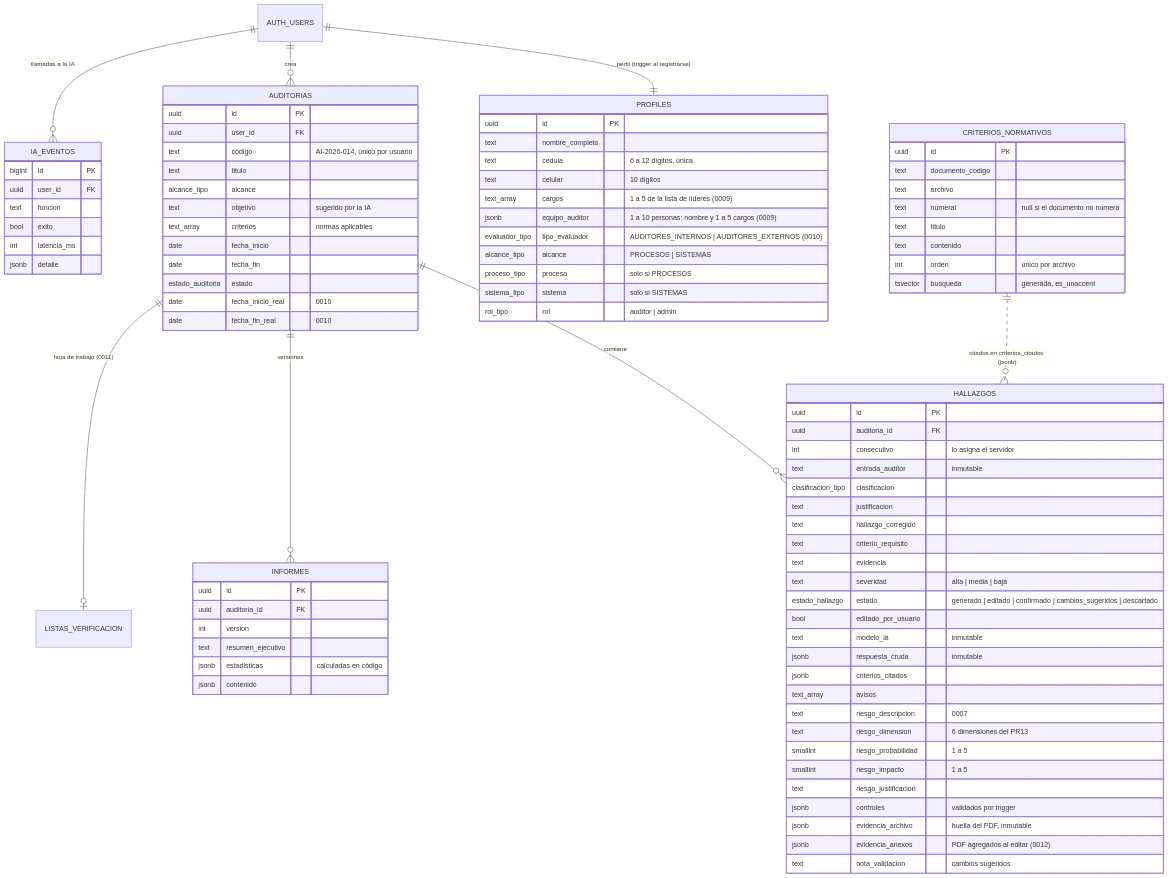
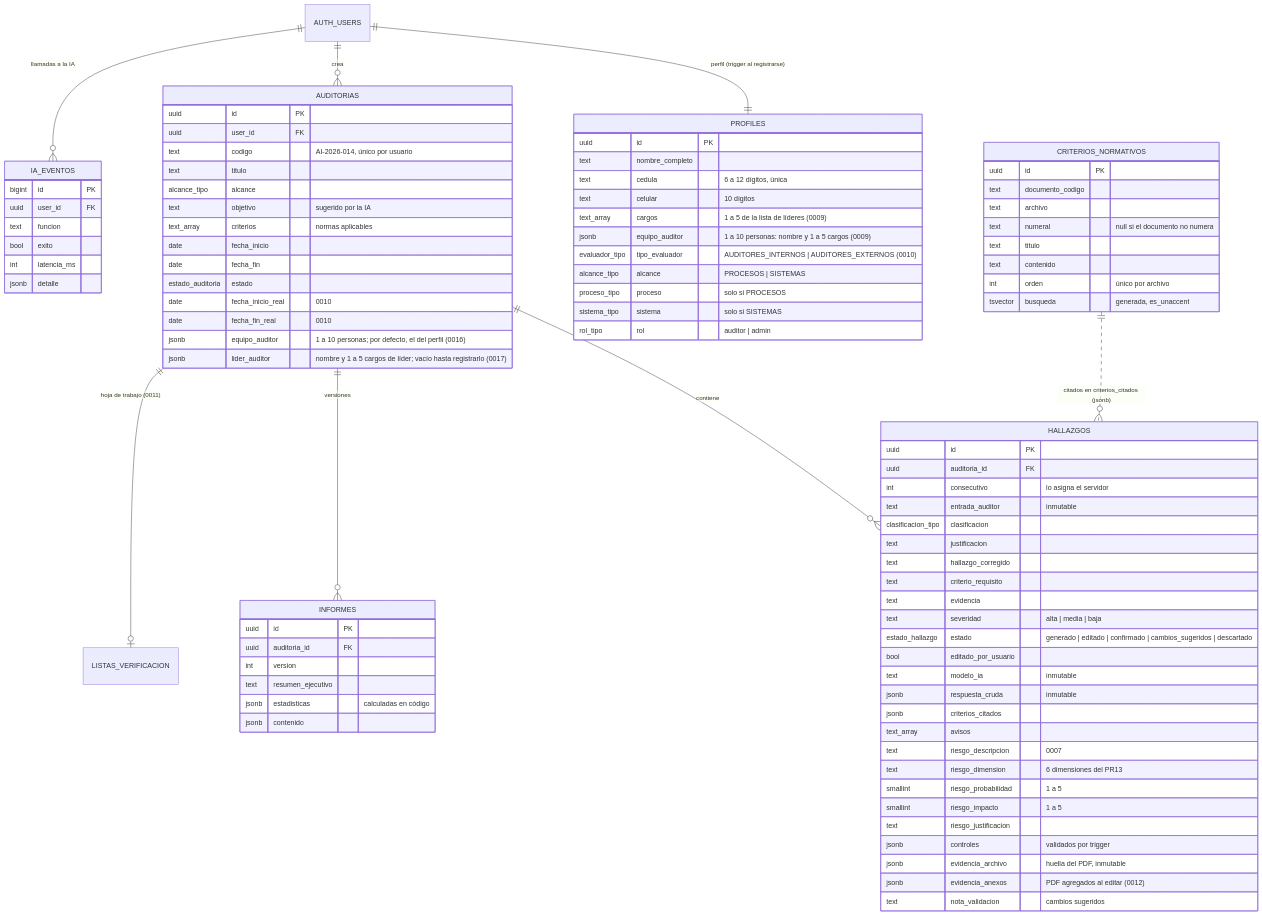
The diagram in docs/BASE_DE_DATOS.md (OscarNarvaez/pg_web_halla), drawn with Mermaid before and after one commit. The commit also changed other lines of this file and 2 other files, not shown here.

Commit message:
feat(db): líder del equipo auditor de cada auditoría, escrito a mano (0017)

```diff
--- a/docs/BASE_DE_DATOS.md
+++ b/docs/BASE_DE_DATOS.md
@@ -59,6 +60,8 @@
     estado_auditoria estado
     date fecha_inicio_real "0010"
     date fecha_fin_real "0010"
+    jsonb equipo_auditor "1 a 10 personas; por defecto, el del perfil (0016)"
+    jsonb lider_auditor "nombre y 1 a 5 cargos de líder; vacío hasta registrarlo (0017)"
   }
   HALLAZGOS {
     uuid id PK
```
